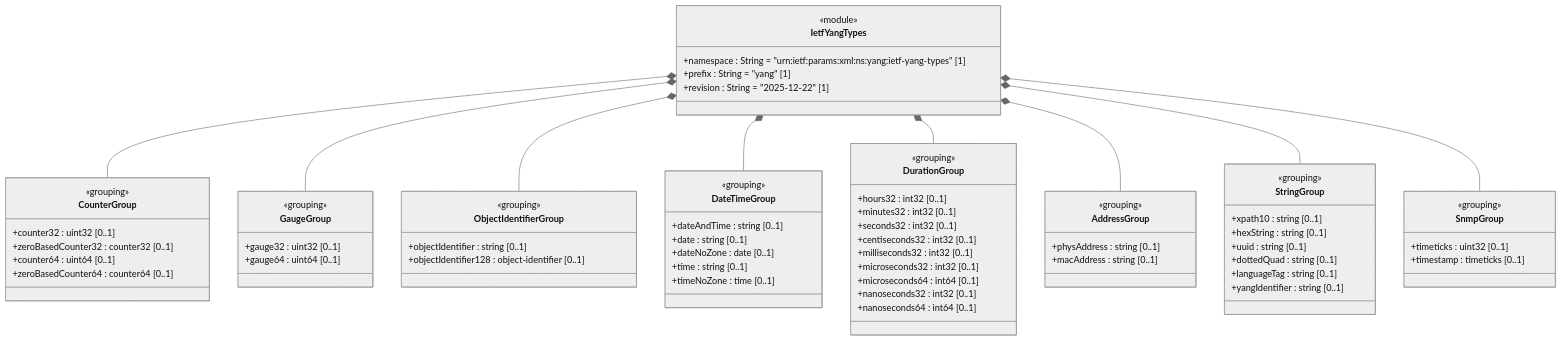
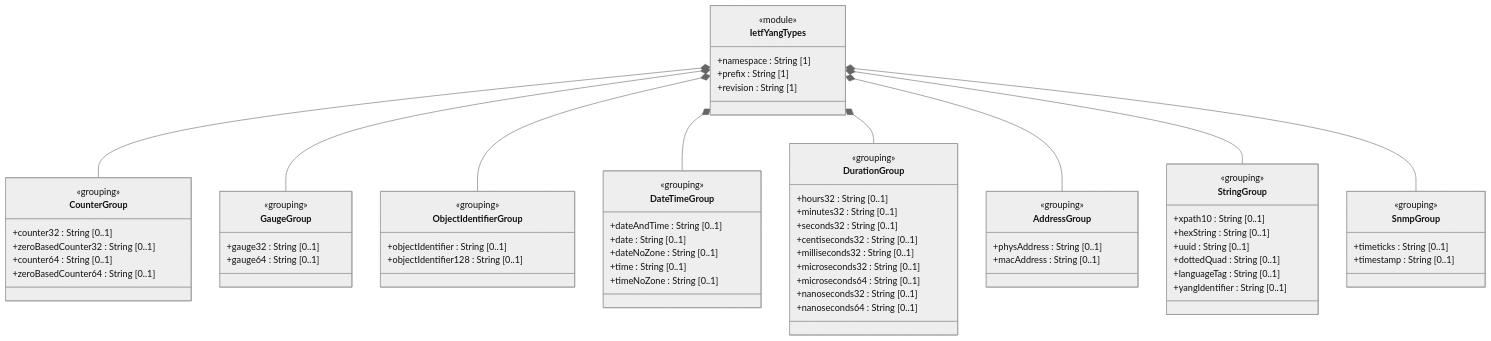
Before and after one commit to gintatkinson/dep-tst40: the first of 2 diagrams in docs/epics/epic-02-ietf-yang-types.md, drawn with Mermaid (neutral theme). The commit also changed other lines of this file and 16 other files, not shown here.

First line of the commit message:
docs: fix UML compliance — strip default values, stereotypes, placeholders, YANG types

````diff
--- a/docs/epics/epic-02-ietf-yang-types.md
+++ b/docs/epics/epic-02-ietf-yang-types.md
@@ -30,73 +40,73 @@
 ```mermaid
 classDiagram
     class IetfYangTypes {
         <<module>>
-        +namespace : String = "urn:ietf:params:xml:ns:yang:ietf-yang-types" [1]
-        +prefix : String = "yang" [1]
-        +revision : String = "2025-12-22" [1]
+        +namespace : String [1]
+        +prefix : String [1]
+        +revision : String [1]
     }
     class CounterGroup {
         <<grouping>>
-        +counter32 : uint32 [0..1]
-        +zeroBasedCounter32 : counter32 [0..1]
-        +counter64 : uint64 [0..1]
-        +zeroBasedCounter64 : counter64 [0..1]
+        +counter32 : String [0..1]
+        +zeroBasedCounter32 : String [0..1]
+        +counter64 : String [0..1]
+        +zeroBasedCounter64 : String [0..1]
     }
     class GaugeGroup {
         <<grouping>>
-        +gauge32 : uint32 [0..1]
-        +gauge64 : uint64 [0..1]
+        +gauge32 : String [0..1]
+        +gauge64 : String [0..1]
     }
     class ObjectIdentifierGroup {
         <<grouping>>
-        +objectIdentifier : string [0..1]
-        +objectIdentifier128 : object-identifier [0..1]
+        +objectIdentifier : String [0..1]
+        +objectIdentifier128 : String [0..1]
     }
     class DateTimeGroup {
         <<grouping>>
-        +dateAndTime : string [0..1]
-        +date : string [0..1]
-        +dateNoZone : date [0..1]
-        +time : string [0..1]
-        +timeNoZone : time [0..1]
+        +dateAndTime : String [0..1]
+        +date : String [0..1]
+        +dateNoZone : String [0..1]
+        +time : String [0..1]
+        +timeNoZone : String [0..1]
     }
     class DurationGroup {
         <<grouping>>
-        +hours32 : int32 [0..1]
-        +minutes32 : int32 [0..1]
-        +seconds32 : int32 [0..1]
-        +centiseconds32 : int32 [0..1]
-        +milliseconds32 : int32 [0..1]
-        +microseconds32 : int32 [0..1]
-        +microseconds64 : int64 [0..1]
-        +nanoseconds32 : int32 [0..1]
-        +nanoseconds64 : int64 [0..1]
+        +hours32 : String [0..1]
+        +minutes32 : String [0..1]
+        +seconds32 : String [0..1]
+        +centiseconds32 : String [0..1]
+        +milliseconds32 : String [0..1]
+        +microseconds32 : String [0..1]
+        +microseconds64 : String [0..1]
+        +nanoseconds32 : String [0..1]
+        +nanoseconds64 : String [0..1]
     }
     class AddressGroup {
         <<grouping>>
-        +physAddress : string [0..1]
-        +macAddress : string [0..1]
+        +physAddress : String [0..1]
+        +macAddress : String [0..1]
     }
     class StringGroup {
         <<grouping>>
-        +xpath10 : string [0..1]
-        +hexString : string [0..1]
-        +uuid : string [0..1]
-        +dottedQuad : string [0..1]
-        +languageTag : string [0..1]
-        +yangIdentifier : string [0..1]
+        +xpath10 : String [0..1]
+        +hexString : String [0..1]
+        +uuid : String [0..1]
+        +dottedQuad : String [0..1]
+        +languageTag : String [0..1]
+        +yangIdentifier : String [0..1]
     }
     class SnmpGroup {
         <<grouping>>
-        +timeticks : uint32 [0..1]
-        +timestamp : timeticks [0..1]
+        +timeticks : String [0..1]
+        +timestamp : String [0..1]
     }
     IetfYangTypes *-- CounterGroup
     IetfYangTypes *-- GaugeGroup
     IetfYangTypes *-- ObjectIdentifierGroup
     IetfYangTypes *-- DateTimeGroup
     IetfYangTypes *-- DurationGroup
     IetfYangTypes *-- AddressGroup
     IetfYangTypes *-- StringGroup
     IetfYangTypes *-- SnmpGroup
 ```
````
